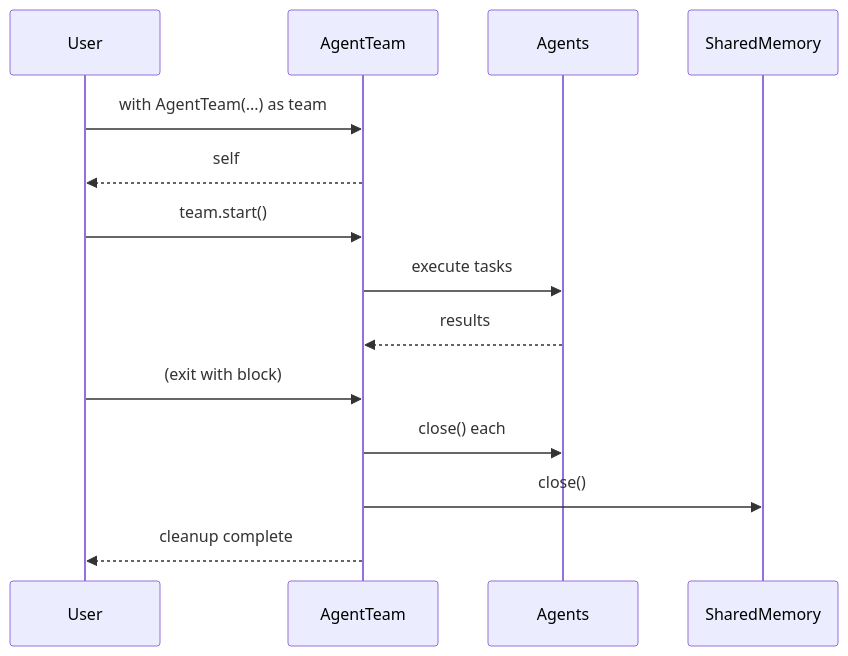
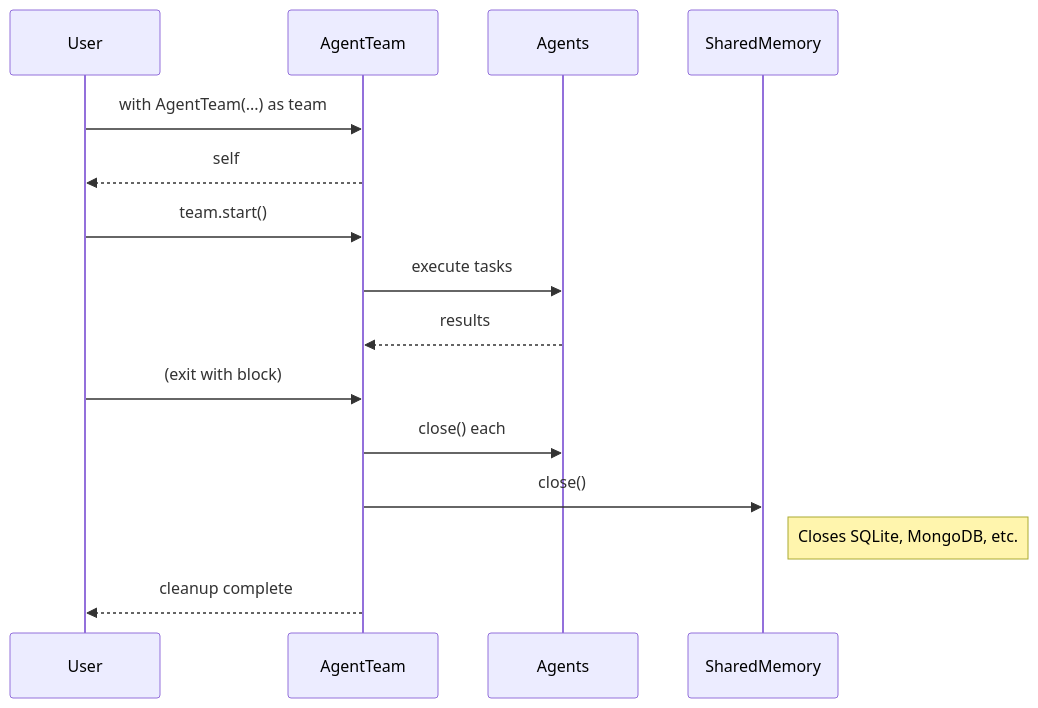
One commit to MervinPraison/PraisonAIDocs changed the second of 3 diagrams in docs/features/resource-lifecycle.mdx. Above: the diagram before and after it, drawn with Mermaid. The commit also changed other lines of this file and 4 other files, not shown here.

First line of the commit message:
docs: update guardrails, thread-safety, and resource-lifecycle pages for PR #1514 architectural fixes

````diff
--- a/docs/features/resource-lifecycle.mdx
+++ b/docs/features/resource-lifecycle.mdx
@@ -71,17 +71,18 @@
 ```mermaid
 sequenceDiagram
     participant User
     participant Team as AgentTeam
     participant Agents
     participant Memory as SharedMemory
 
     User->>Team: with AgentTeam(...) as team
     Team-->>User: self
     User->>Team: team.start()
     Team->>Agents: execute tasks
     Agents-->>Team: results
     User->>Team: (exit with block)
     Team->>Agents: close() each
     Team->>Memory: close()
+    Note right of Memory: Closes SQLite, MongoDB, etc.
     Team-->>User: cleanup complete
 ```
````
